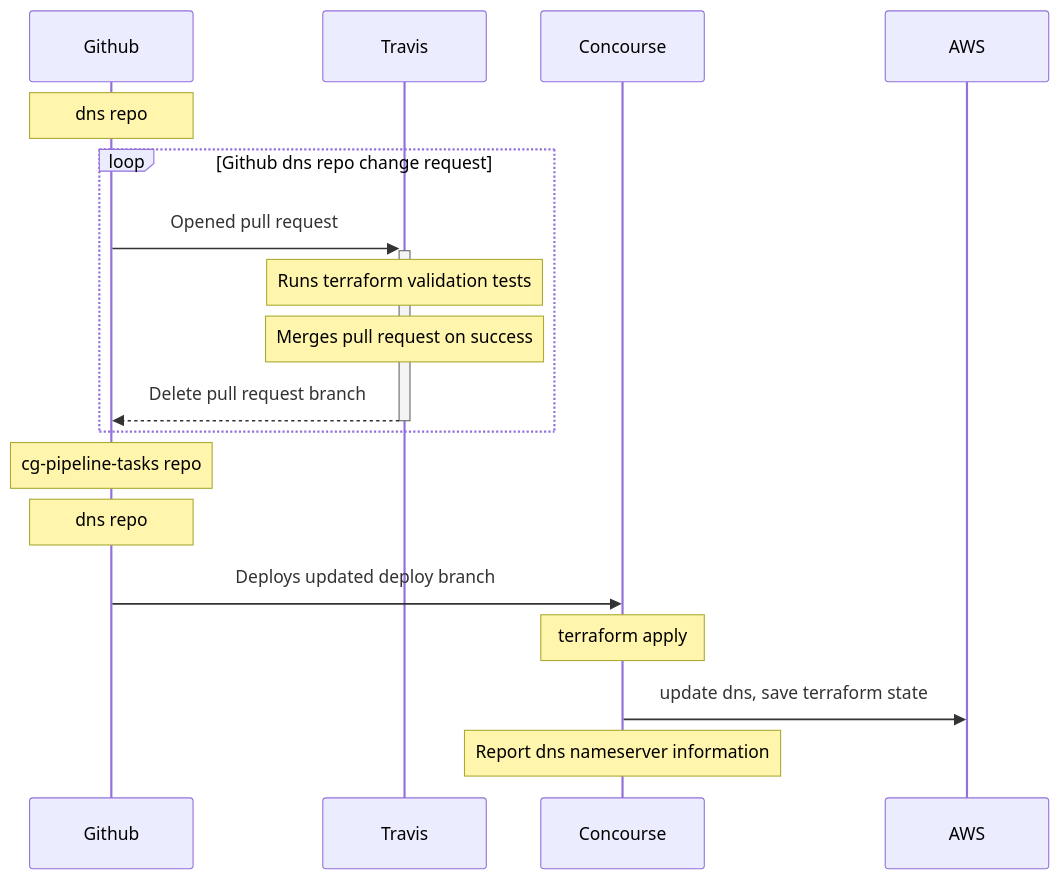
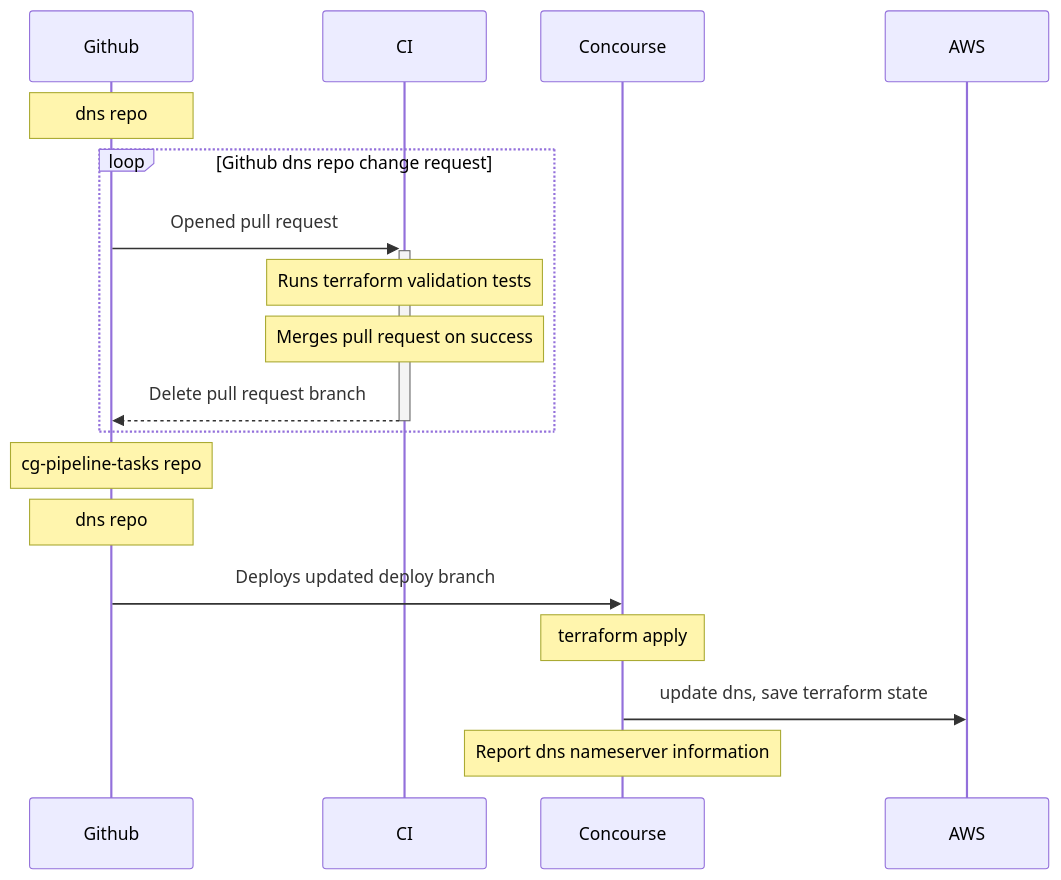
One commit to 18F/dns changed the diagram in doc/dns-pipeline.mmd. Above: the diagram before and after it, drawn with Mermaid. The commit also changed 1 other file, not shown here.

```diff
--- a/doc/dns-pipeline.mmd
+++ b/doc/dns-pipeline.mmd
@@ -1,24 +1,24 @@
 %% Sequence Diagram for dns deployment
 sequenceDiagram
   participant Github
-  participant Travis
+  participant CI
   participant Concourse
   participant AWS
 
   note over Github: dns repo
   loop Github dns repo change request
-    Github ->>+ Travis: Opened pull request
+    Github ->>+ CI: Opened pull request
 
-    Note over Travis: Runs terraform validation tests
-    Note over Travis: Merges pull request on success
-    Travis -->>- Github: Delete pull request branch
+    Note over CI: Runs terraform validation tests
+    Note over CI: Merges pull request on success
+    CI -->>- Github: Delete pull request branch
   end
 
   Note over Github: cg-pipeline-tasks repo
   Note over Github: dns repo
   Github ->> Concourse: Deploys updated deploy branch
 
   Note over Concourse: terraform apply
   Concourse ->> AWS: update dns, save terraform state
 
   Note over Concourse: Report dns nameserver information
```
